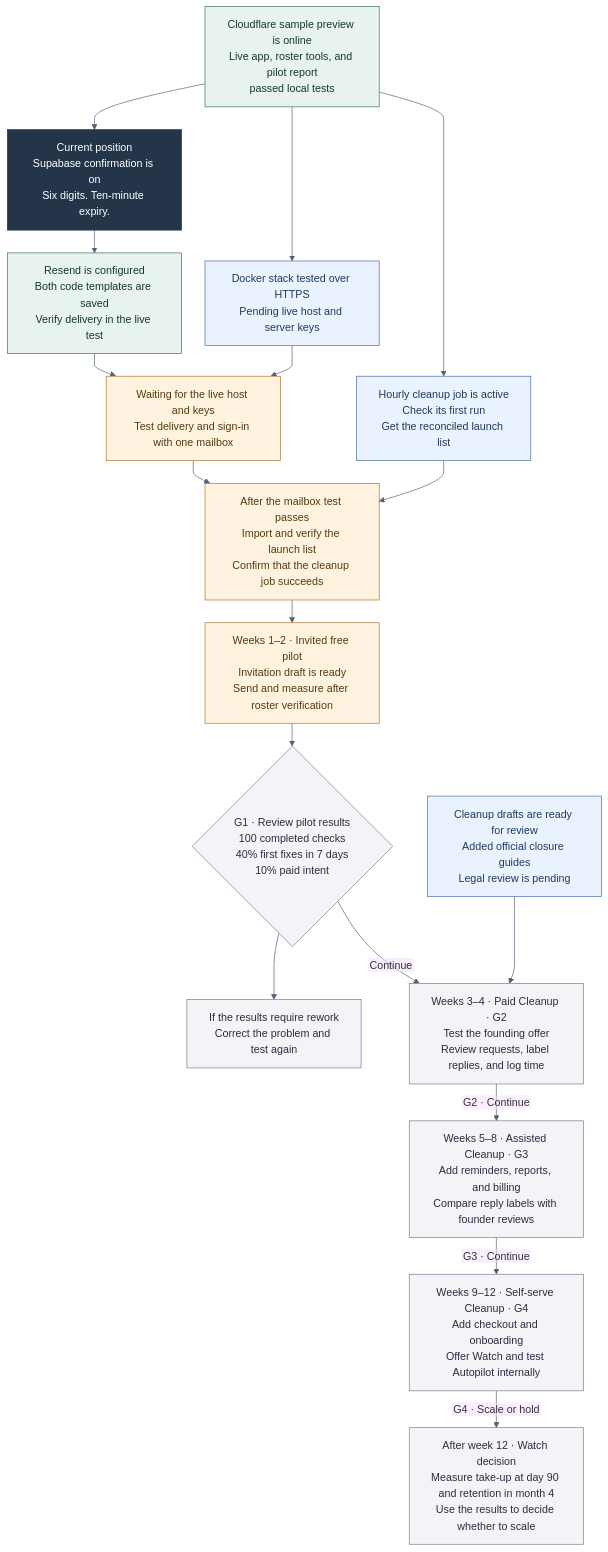
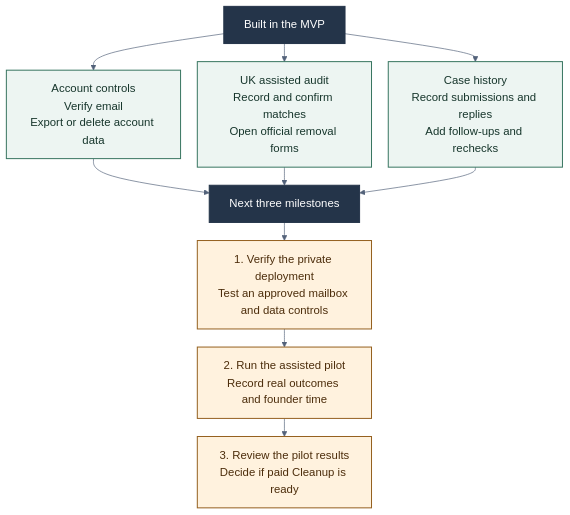
One commit to AdrianKondrat/privacy_agent changed the diagram in MVP/diagrams/mvp-development.mmd. Above: the diagram before and after it, drawn with Mermaid. The commit also changed 31 other files, not shown here.

Commit message:
Build the UK assisted exposure audit and removal tracker

```diff
--- a/MVP/diagrams/mvp-development.mmd
+++ b/MVP/diagrams/mvp-development.mmd
@@ -1,44 +1,22 @@
-%%{init: {"theme": "base", "flowchart": {"htmlLabels": false, "nodeSpacing": 35, "rankSpacing": 34, "curve": "monotoneY"}, "themeVariables": {"fontFamily": "Arial", "fontSize": "16px", "lineColor": "#526174"}}}%%
+%%{init: {"theme": "base", "flowchart": {"htmlLabels": false, "nodeSpacing": 25, "rankSpacing": 27}, "themeVariables": {"fontFamily": "Arial", "fontSize": "17px", "lineColor": "#53627A"}}}%%
 graph TD
-  Ready["Cloudflare sample preview is online<br/>Live app, roster tools, and pilot report<br/>passed local tests"]
-  Auth["Current position<br/>Supabase confirmation is on<br/>Six digits. Ten-minute expiry."]
-  Email["Resend is configured<br/>Both code templates are saved<br/>Verify delivery in the live test"]
-  Host["Docker stack tested over HTTPS<br/>Pending live host and server keys"]
-  RosterPrep["Hourly cleanup job is active<br/>Check its first run<br/>Get the reconciled launch list"]
-  Live["Waiting for the live host and keys<br/>Test delivery and sign-in with one mailbox"]
-  Import["After the mailbox test passes<br/>Import and verify the launch list<br/>Confirm that the cleanup job succeeds"]
-  Pilot["Weeks 1–2 · Invited free pilot<br/>Invitation draft is ready<br/>Send and measure after roster verification"]
-  G1{"G1 · Review pilot results<br/>100 completed checks<br/>40% first fixes in 7 days<br/>10% paid intent"}
-  Rework["If the results require rework<br/>Correct the problem and test again"]
-  Prep["Cleanup drafts are ready for review<br/>Added official closure guides<br/>Legal review is pending"]
-  Paid["Weeks 3–4 · Paid Cleanup · G2<br/>Test the founding offer<br/>Review requests, label replies, and log time"]
-  Assisted["Weeks 5–8 · Assisted Cleanup · G3<br/>Add reminders, reports, and billing<br/>Compare reply labels with founder reviews"]
-  SelfServe["Weeks 9–12 · Self-serve Cleanup · G4<br/>Add checkout and onboarding<br/>Offer Watch and test Autopilot internally"]
-  Watch["After week 12 · Watch decision<br/>Measure take-up at day 90 and retention in month 4<br/>Use the results to decide whether to scale"]
+  BUILT["Built in the MVP"]
+  A["Account controls<br/>Verify email<br/>Export or delete account data"]
+  B["UK assisted audit<br/>Record and confirm matches<br/>Open official removal forms"]
+  C["Case history<br/>Record submissions and replies<br/>Add follow-ups and rechecks"]
+  NEXT["Next three milestones"]
+  D["1. Verify the private deployment<br/>Test an approved mailbox and data controls"]
+  E["2. Run the assisted pilot<br/>Record real outcomes and founder time"]
+  F["3. Review the pilot results<br/>Decide if paid Cleanup is ready"]
 
-  Ready --> Auth
-  Ready --> Host
-  Ready --> RosterPrep
-  Auth --> Email
-  Email --> Live
-  Host --> Live
-  Live --> Import
-  RosterPrep --> Import
-  Import --> Pilot --> G1
-  G1 --> Rework
-  G1 -->|Continue| Paid
-  Prep --> Paid
-  Paid -->|G2 · Continue| Assisted
-  Assisted -->|G3 · Continue| SelfServe
-  SelfServe -->|G4 · Scale or hold| Watch
+  BUILT --> A --> NEXT
+  BUILT --> B --> NEXT
+  BUILT --> C --> NEXT
+  NEXT --> D --> E --> F
 
-  classDef ready fill:#e8f3ed,stroke:#36715c,color:#16382b;
-  classDef current fill:#24354a,stroke:#24354a,color:#fff;
-  classDef independent fill:#eaf1ff,stroke:#476b9a,color:#203a5d;
-  classDef waiting fill:#fff3df,stroke:#a9742e,color:#56390f;
-  classDef planned fill:#f4f4f8,stroke:#777b8b,color:#282d3f;
-  class Ready,Email ready;
-  class Auth current;
-  class Host,RosterPrep,Prep independent;
-  class Live,Import,Pilot waiting;
-  class G1,Rework,Paid,Assisted,SelfServe,Watch planned;
+  classDef heading fill:#243449,stroke:#243449,color:#FFFFFF,stroke-width:1.5px;
+  classDef built fill:#EDF5F2,stroke:#397661,color:#17362C,stroke-width:1.5px;
+  classDef next fill:#FFF2DE,stroke:#956120,color:#4C2D0B,stroke-width:1.5px;
+  class BUILT,NEXT heading;
+  class A,B,C built;
+  class D,E,F next;
```
